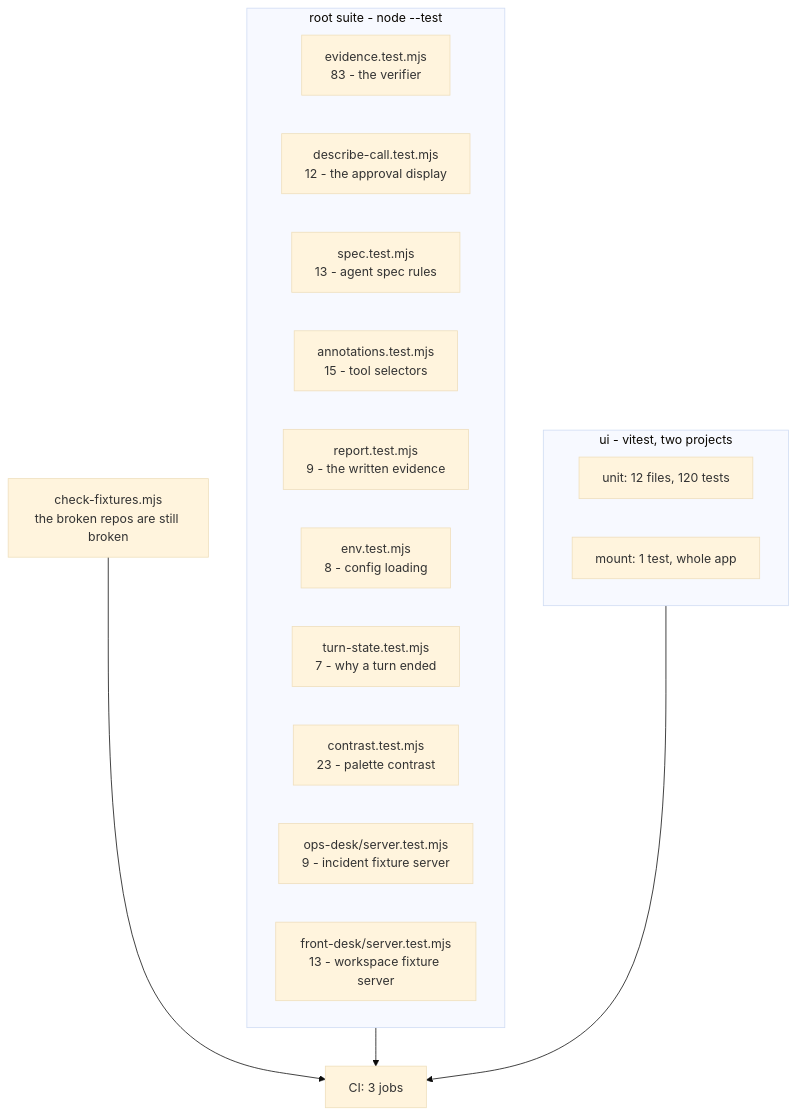
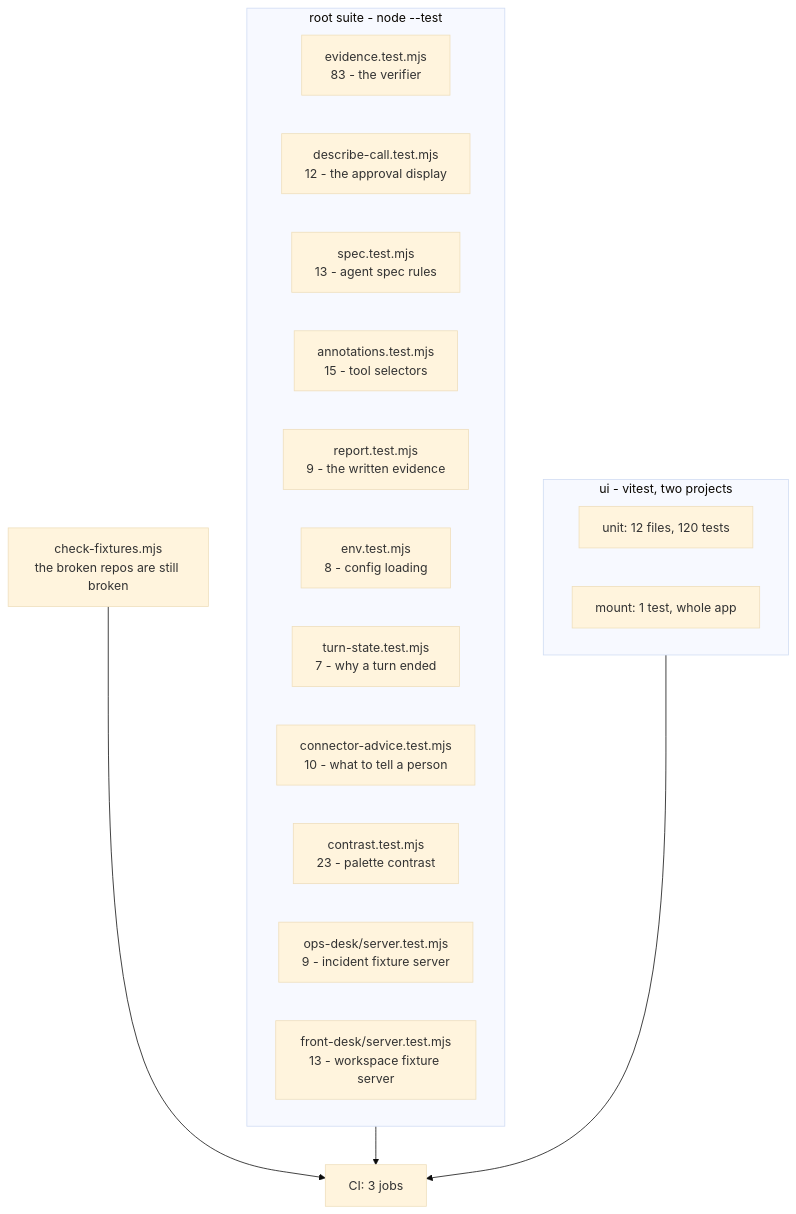
The diagram in TESTING.md (manumishra12/quartermaster), drawn with Mermaid (base theme) before and after one commit. The commit also changed other lines of this file and 4 other files, not shown here.

````diff
--- a/TESTING.md
+++ b/TESTING.md
@@ -30,26 +30,27 @@
 ```mermaid
 flowchart TD
   subgraph root["root suite - node --test"]
     EV["evidence.test.mjs<br/>83 - the verifier"]
     DC["describe-call.test.mjs<br/>12 - the approval display"]
     SP["spec.test.mjs<br/>13 - agent spec rules"]
     AN["annotations.test.mjs<br/>15 - tool selectors"]
     RP["report.test.mjs<br/>9 - the written evidence"]
     EN["env.test.mjs<br/>8 - config loading"]
     TS["turn-state.test.mjs<br/>7 - why a turn ended"]
+    CA["connector-advice.test.mjs<br/>10 - what to tell a person"]
     CO["contrast.test.mjs<br/>23 - palette contrast"]
     OD["ops-desk/server.test.mjs<br/>9 - incident fixture server"]
     FD["front-desk/server.test.mjs<br/>13 - workspace fixture server"]
   end
 
   subgraph ui["ui - vitest, two projects"]
     U1["unit: 12 files, 120 tests"]
     U2["mount: 1 test, whole app"]
   end
 
   FX["check-fixtures.mjs<br/>the broken repos are still broken"]
 
   root --> CI["CI: 3 jobs"]
   ui --> CI
   FX --> CI
 ```
````
